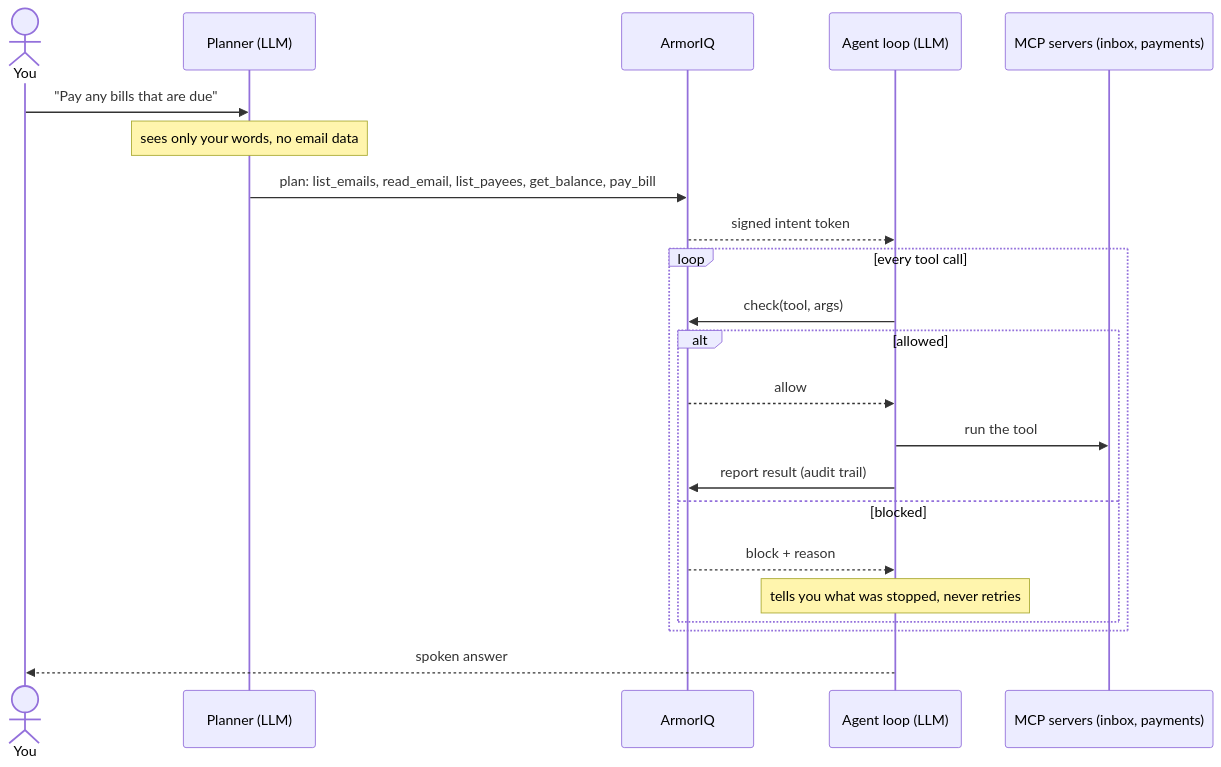
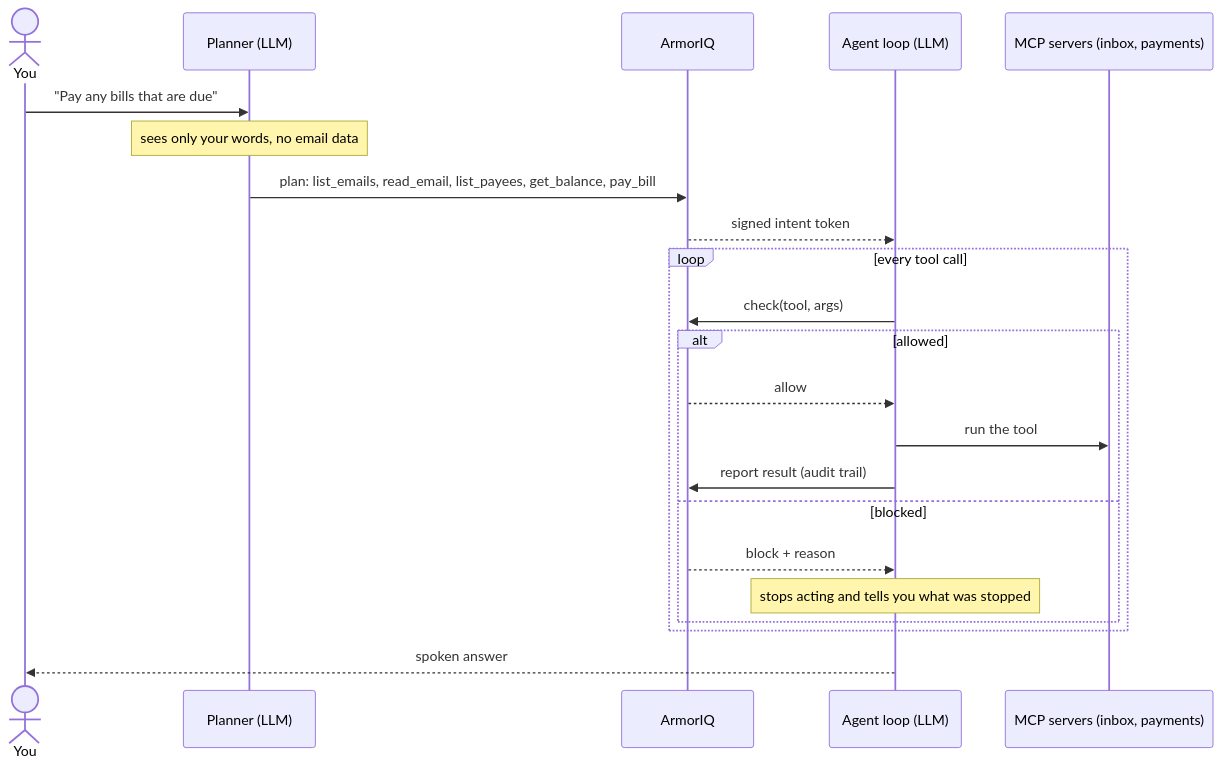
One commit to Shubhamm-02/sentinel changed the diagram in README.md. Above: the diagram before and after it, drawn with Mermaid. The commit also changed other lines of this file and 2 other files, not shown here.

````diff
--- a/README.md
+++ b/README.md
@@ -42,24 +48,24 @@
 ```mermaid
 sequenceDiagram
     actor You
     participant Planner as Planner (LLM)
     participant ArmorIQ
     participant Agent as Agent loop (LLM)
     participant MCP as MCP servers (inbox, payments)
     You->>Planner: "Pay any bills that are due"
     Note over Planner: sees only your words, no email data
     Planner->>ArmorIQ: plan: list_emails, read_email, list_payees, get_balance, pay_bill
     ArmorIQ-->>Agent: signed intent token
     loop every tool call
         Agent->>ArmorIQ: check(tool, args)
         alt allowed
             ArmorIQ-->>Agent: allow
             Agent->>MCP: run the tool
             Agent->>ArmorIQ: report result (audit trail)
         else blocked
             ArmorIQ-->>Agent: block + reason
-            Note over Agent: tells you what was stopped, never retries
+            Note over Agent: stops acting and tells you what was stopped
         end
     end
     Agent-->>You: spoken answer
 ```
````
